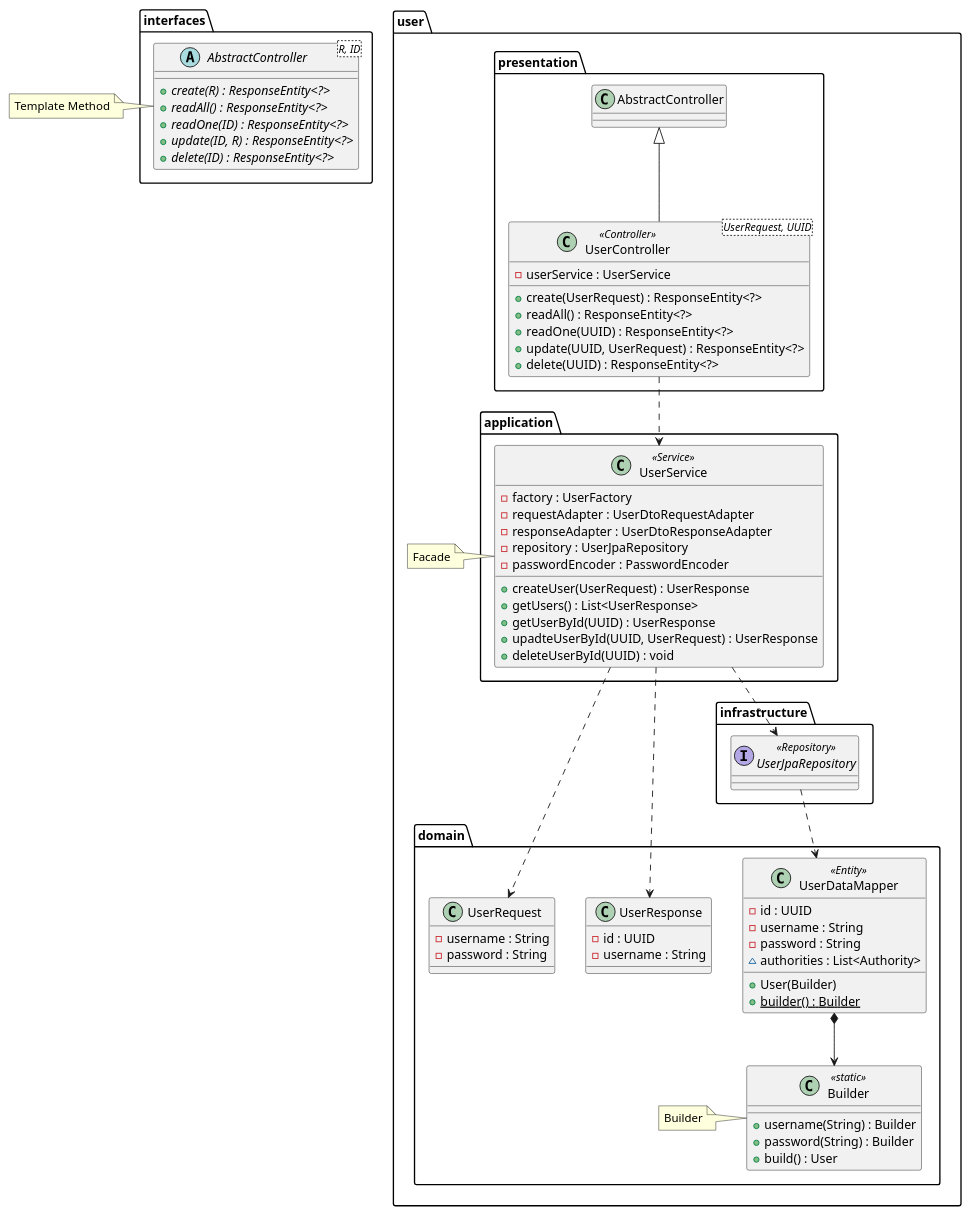
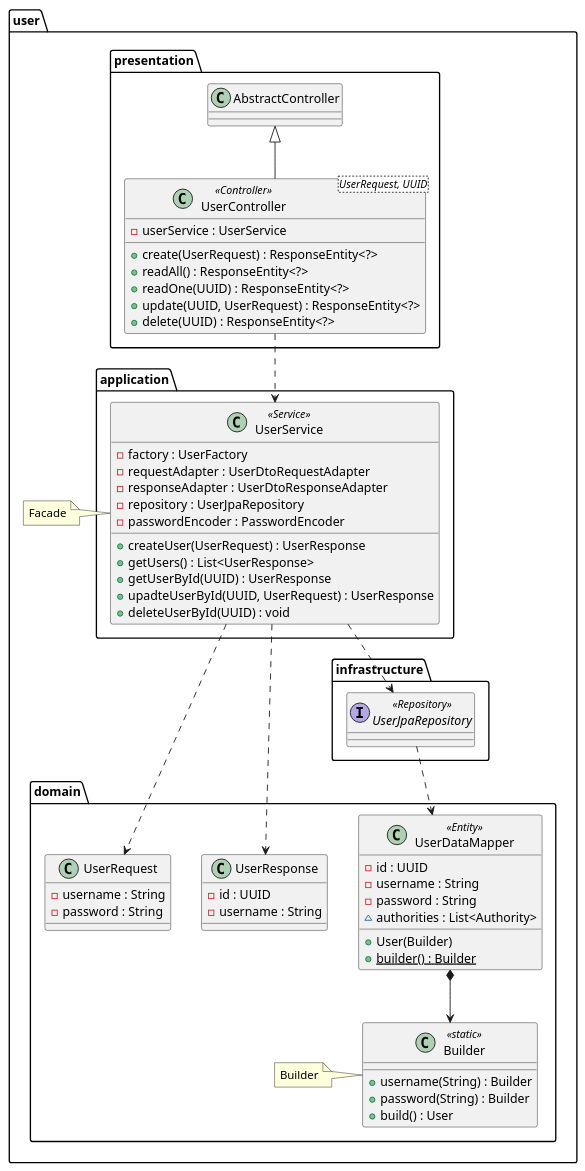
The diagram in uml/user.puml (ads0070/daily-scheduler), drawn with PlantUML before and after one commit. The commit also changed 11 other files, not shown here.

```diff
--- a/uml/user.puml
+++ b/uml/user.puml
@@ -1,90 +1,79 @@
 @startuml user
 ' !theme resume-light
 ' !theme cerulean-outline
 ' !theme sketchy-outline
-
-package interfaces {
-  abstract class AbstractController<R, ID> {
-    {abstract} +create(R) : ResponseEntity<?>
-    {abstract} +readAll() : ResponseEntity<?>
-    {abstract} +readOne(ID) : ResponseEntity<?>
-    {abstract} +update(ID, R) : ResponseEntity<?>
-    {abstract} +delete(ID) : ResponseEntity<?>
-  }
-}
-note left: Template Method
 
 package user {
 
   package domain {
 
     class UserDataMapper <<Entity>> {
       -id : UUID
       -username : String
       -password : String
       ~authorities : List<Authority>
       +User(Builder)
       {static} +builder() : Builder
     }
 
     class Builder <<static>> {
       +username(String) : Builder
       +password(String) : Builder
       +build() : User
     }
     note left: Builder
 
     class UserRequest {
       -username : String
       -password : String
     }
 
     class UserResponse {
       -id : UUID
       -username : String
     }
   }
 
   package presentation {
 
     class UserController<UserRequest, UUID> <<Controller>>  extends AbstractController {
       -userService : UserService
       +create(UserRequest) : ResponseEntity<?>
       +readAll() : ResponseEntity<?>
       +readOne(UUID) : ResponseEntity<?>
       +update(UUID, UserRequest) : ResponseEntity<?>
       +delete(UUID) : ResponseEntity<?>
     }
   }
 
   package application {
     class UserService <<Service>> {
       -factory : UserFactory
       -requestAdapter : UserDtoRequestAdapter
       -responseAdapter : UserDtoResponseAdapter
       -repository : UserJpaRepository
       -passwordEncoder : PasswordEncoder
       +createUser(UserRequest) : UserResponse
       +getUsers() : List<UserResponse>
       +getUserById(UUID) : UserResponse
       +upadteUserById(UUID, UserRequest) : UserResponse
       +deleteUserById(UUID) : void
     }
   }
   note left: Facade
 
   package infrastructure {
     interface UserJpaRepository <<Repository>>
   }
 
   UserController ..> UserService
   UserService ..> UserJpaRepository
   UserJpaRepository ..> UserDataMapper
 
   UserDataMapper *--> Builder
 
   UserService ..> UserRequest
   UserService ..> UserResponse
 }
 
 @enduml
```
